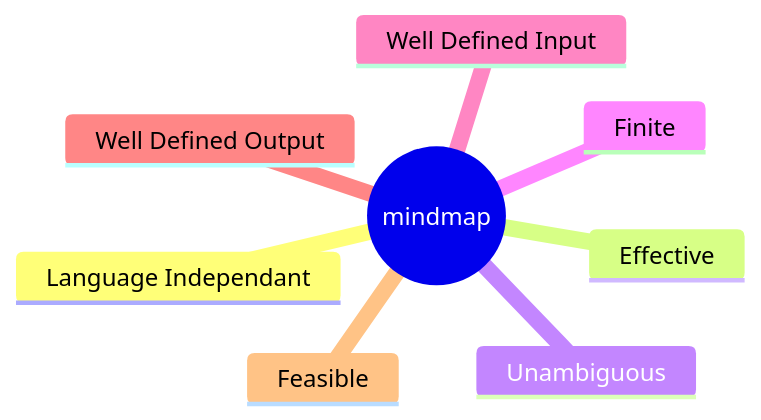
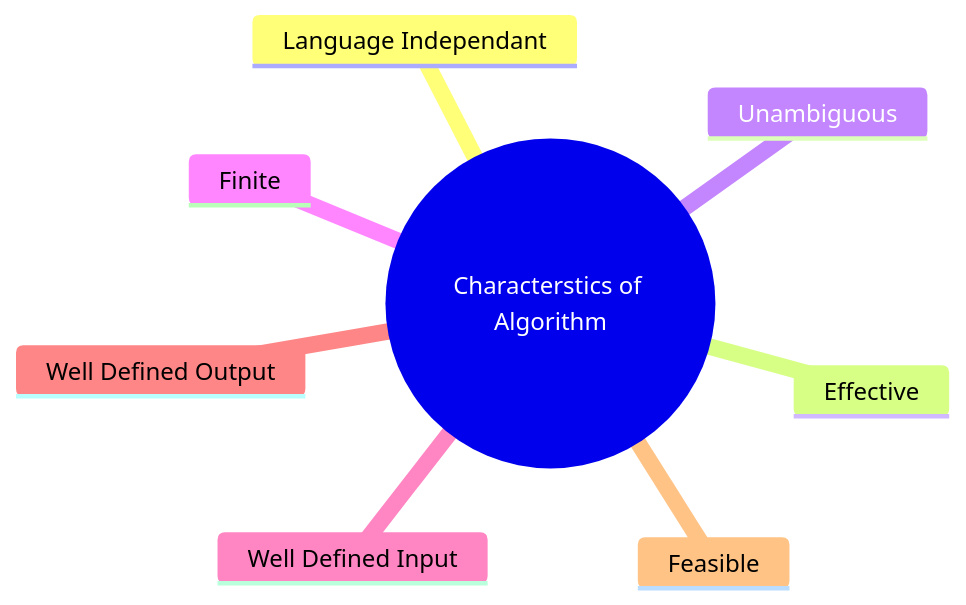
One commit to AbirxAthena/Sem-3rd changed the second of 2 diagrams in data-structures-and-algorithms/DSA Theory/Chapter 01 [ Introduction to Algorithms and Analysis ].md. Above: the diagram before and after it, drawn with Mermaid.

Commit message:
Update Chapter 01 [ Introduction to Algorithms and Analysis ].md

````diff
--- a/data-structures-and-algorithms/DSA Theory/Chapter 01 [ Introduction to Algorithms and Analysis ].md
+++ b/data-structures-and-algorithms/DSA Theory/Chapter 01 [ Introduction to Algorithms and Analysis ].md
@@ -44,12 +44,12 @@
  ```mermaid
 mindmap
-  root((mindmap))
+  root((Characterstics of Algorithm))
     Language Independant
     Effective
     Unambiguous
     Finite
     Well Defined Input
     Well Defined Output
     Feasible
 
 ```
````
